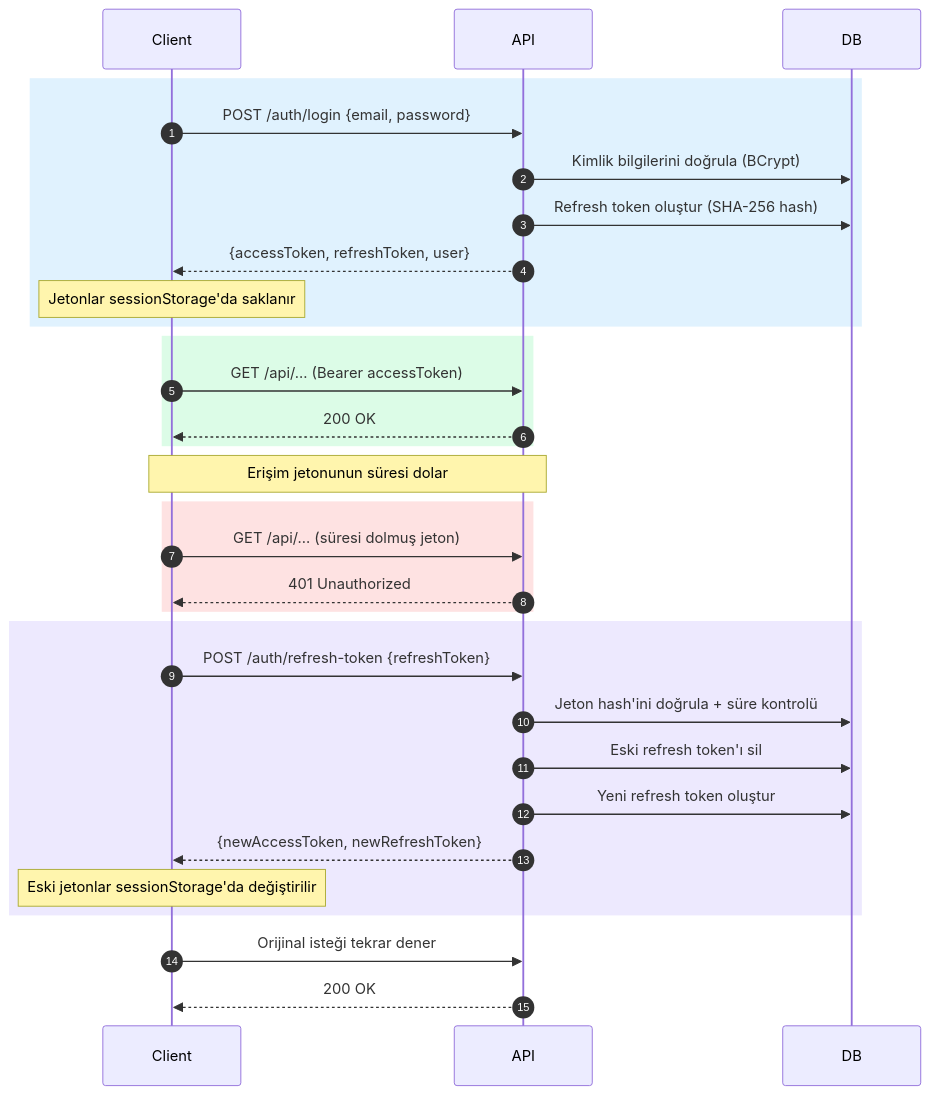
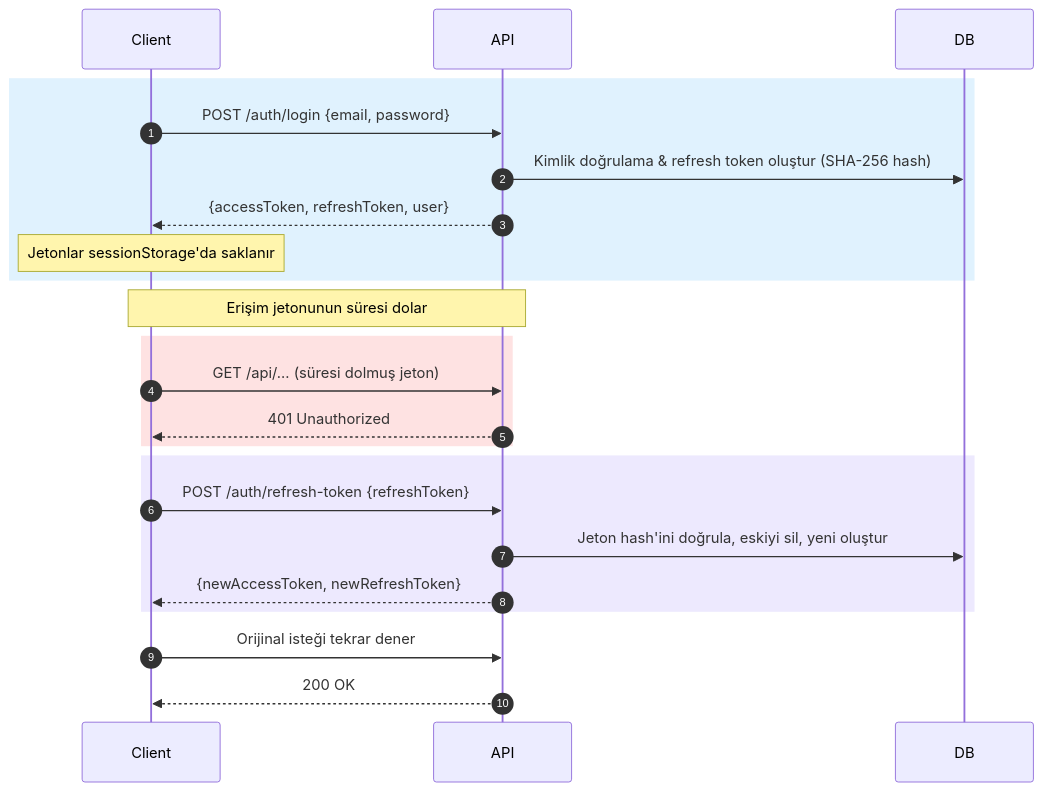
The seventh of 8 diagrams in README.md (ErayYalman/application-management-system), drawn with Mermaid before and after one commit. The commit also changed other lines of this file, not shown here.

````diff
--- a/README.md
+++ b/README.md
@@ -1127,39 +606,30 @@
 ```mermaid
 sequenceDiagram
     autonumber
     participant Client
     participant API
     participant DB
 
     rect rgb(224, 242, 254)
     Client->>API: POST /auth/login {email, password}
-    API->>DB: Kimlik bilgilerini doğrula (BCrypt)
-    API->>DB: Refresh token oluştur (SHA-256 hash)
+    API->>DB: Kimlik doğrulama & refresh token oluştur (SHA-256 hash)
     API-->>Client: {accessToken, refreshToken, user}
     Note over Client: Jetonlar sessionStorage'da saklanır
-    end
-
-    rect rgb(220, 252, 231)
-    Client->>API: GET /api/... (Bearer accessToken)
-    API-->>Client: 200 OK
     end
 
     Note over Client,API: Erişim jetonunun süresi dolar
 
     rect rgb(254, 226, 226)
     Client->>API: GET /api/... (süresi dolmuş jeton)
     API-->>Client: 401 Unauthorized
     end
 
     rect rgb(237, 233, 254)
     Client->>API: POST /auth/refresh-token {refreshToken}
-    API->>DB: Jeton hash'ini doğrula + süre kontrolü
-    API->>DB: Eski refresh token'ı sil
-    API->>DB: Yeni refresh token oluştur
+    API->>DB: Jeton hash'ini doğrula, eskiyi sil, yeni oluştur
     API-->>Client: {newAccessToken, newRefreshToken}
-    Note over Client: Eski jetonlar sessionStorage'da değiştirilir
     end
 
     Client->>API: Orijinal isteği tekrar dener
     API-->>Client: 200 OK
 ```
````
